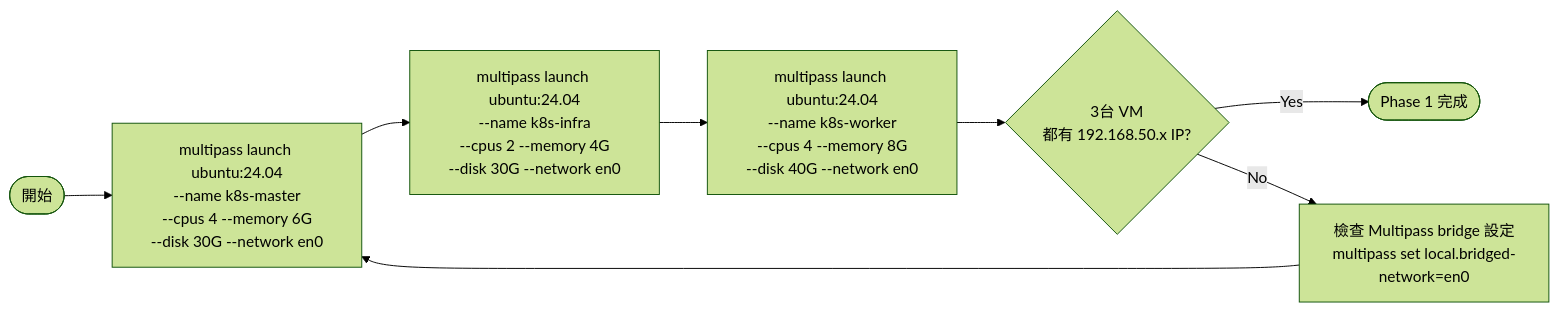
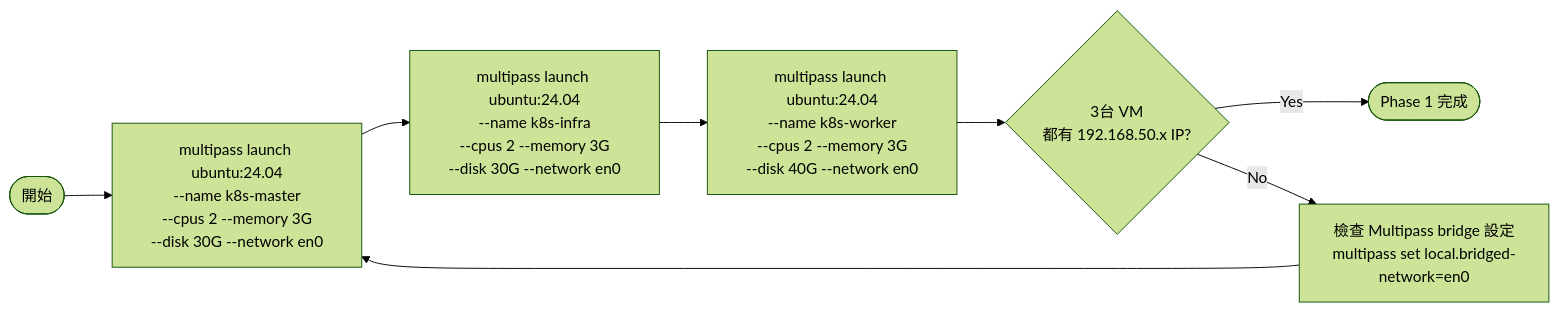
One commit to MansionLai/notebook changed the second of 8 diagrams in kubernetes/3node-multipass/setup-flowchart.md. Above: the diagram before and after it, drawn with Mermaid (forest theme). The commit also changed other lines of this file and 3 other files, not shown here.

````diff
--- a/kubernetes/3node-multipass/setup-flowchart.md
+++ b/kubernetes/3node-multipass/setup-flowchart.md
@@ -38,12 +38,12 @@
 ```mermaid
 flowchart LR
     S([開始]) --> V1
-    V1["multipass launch ubuntu:24.04\n--name k8s-master\n--cpus 4 --memory 6G\n--disk 30G --network en0"]
-    V2["multipass launch ubuntu:24.04\n--name k8s-infra\n--cpus 2 --memory 4G\n--disk 30G --network en0"]
-    V3["multipass launch ubuntu:24.04\n--name k8s-worker\n--cpus 4 --memory 8G\n--disk 40G --network en0"]
+    V1["multipass launch ubuntu:24.04\n--name k8s-master\n--cpus 2 --memory 3G\n--disk 30G --network en0"]
+    V2["multipass launch ubuntu:24.04\n--name k8s-infra\n--cpus 2 --memory 3G\n--disk 30G --network en0"]
+    V3["multipass launch ubuntu:24.04\n--name k8s-worker\n--cpus 2 --memory 3G\n--disk 40G --network en0"]
     V1 --> V2 --> V3
     V3 --> CHK{3台 VM\n都有 192.168.50.x IP?}
     CHK -- Yes --> OK([Phase 1 完成])
     CHK -- No --> FIX[檢查 Multipass bridge 設定\nmultipass set local.bridged-network=en0]
     FIX --> V1
 ```
````
